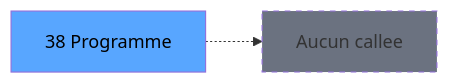
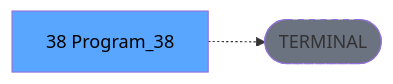
Before and after one commit to thonyAGP/lecteur-magic: the third of 3 diagrams in .openspec/renders/ADH-IDE-38.md, drawn with Mermaid. The commit also changed other lines of this file and 701 other files, not shown here.

````diff
--- a/.openspec/renders/ADH-IDE-38.md
+++ b/.openspec/renders/ADH-IDE-38.md
@@ -120,8 +134,8 @@
 ```mermaid
 graph LR
-    T[38 Programme]
-    NONE[Aucun callee]
-    T -.-> NONE
+    T[38 Program_38]
+    TERM([TERMINAL])
+    T -.-> TERM
+    style TERM fill:#6b7280,stroke-dasharray: 5 5
     style T fill:#58a6ff,color:#000
-    style NONE fill:#6b7280,stroke-dasharray: 5 5
 ```
````
